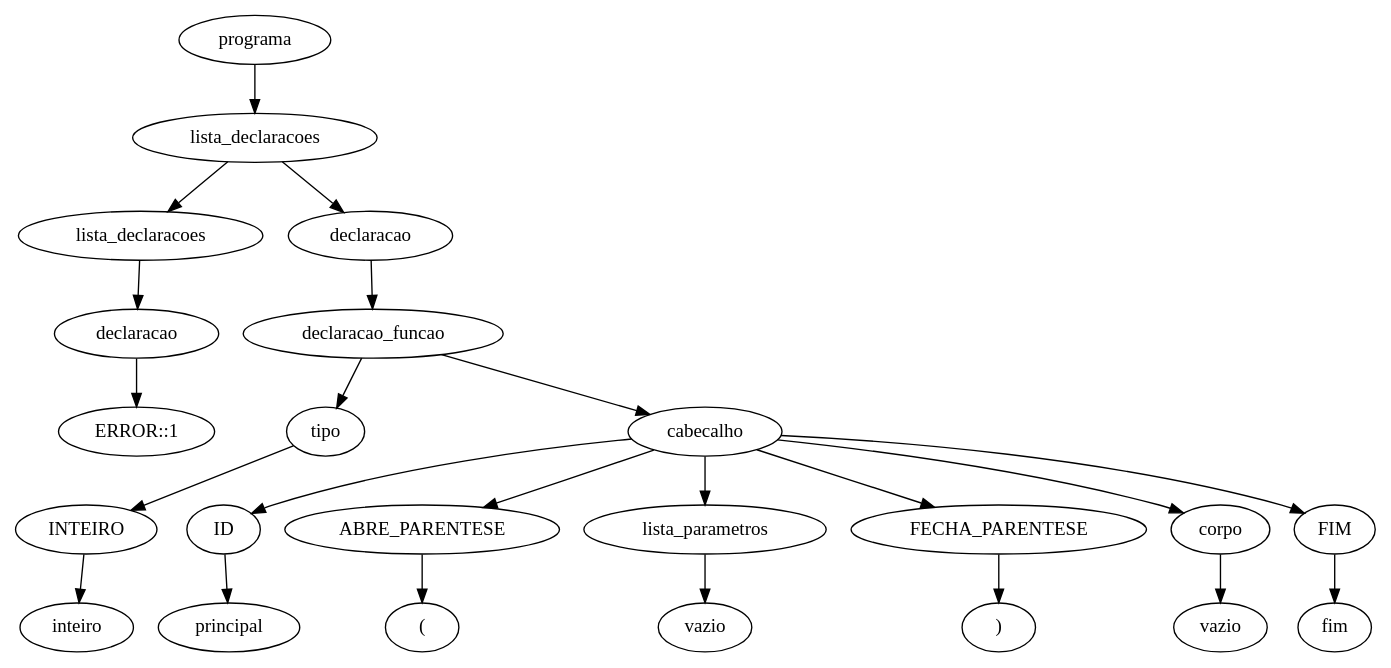
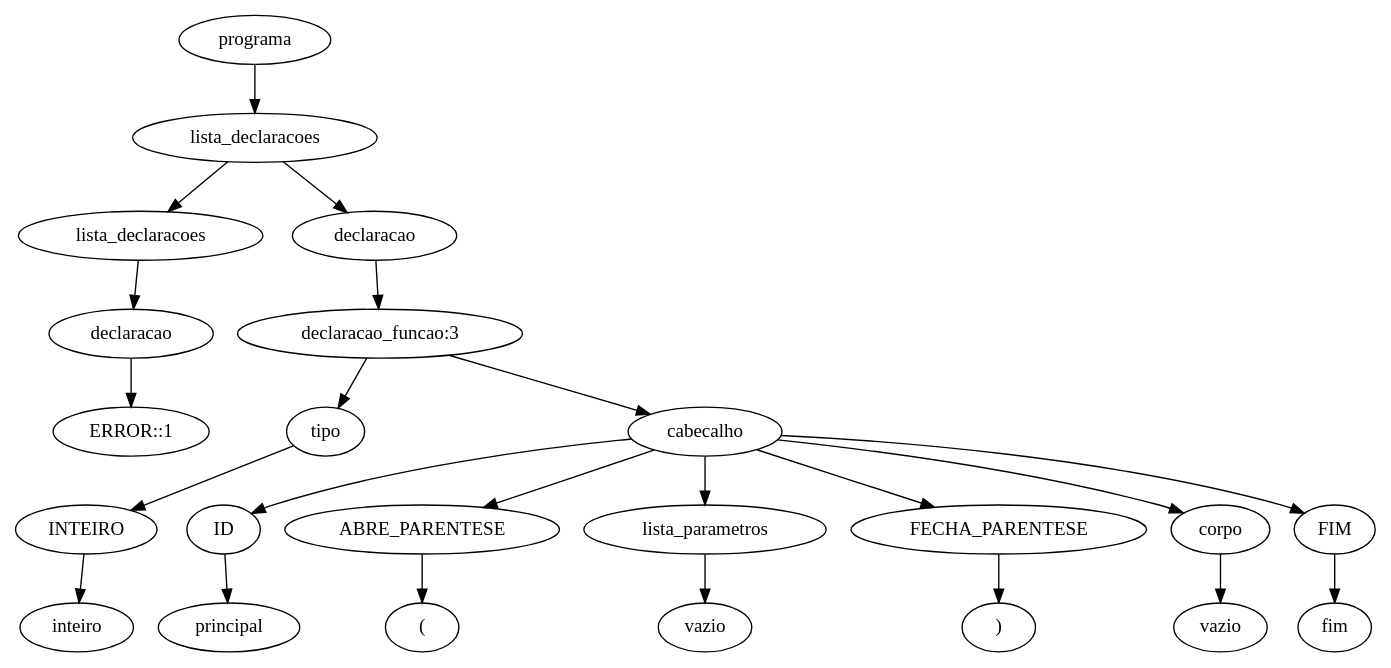
One commit to JuanFSR/Compiladores changed the diagram in 7.AnaliseSemantica/BCC__BCC36B__P[3]__JuanRangel__2046385/implementacao/sintatica-testes/erro-004.tpp.unique.ast.dot. Above: the diagram before and after it, drawn with Graphviz. The commit also changed 90 other files, not shown here.

```diff
--- a/7.AnaliseSemantica/BCC__BCC36B__P[3]__JuanRangel__2046385/implementacao/sintatica-testes/erro-004.tpp.unique.ast.dot
+++ b/7.AnaliseSemantica/BCC__BCC36B__P[3]__JuanRangel__2046385/implementacao/sintatica-testes/erro-004.tpp.unique.ast.dot
@@ -1,47 +1,47 @@
 digraph tree {
-    "0x7fc4aac804c0" [label="programa"];
-    "0x7fc4aab6d8e0" [label="lista_declaracoes"];
-    "0x7fc4aac625b0" [label="lista_declaracoes"];
-    "0x7fc4aac9c5b0" [label="declaracao"];
-    "0x7fc4aac9c550" [label="ERROR::1"];
-    "0x7fc4aac62790" [label="declaracao"];
-    "0x7fc4aab6d7f0" [label="declaracao_funcao"];
-    "0x7fc4aac71940" [label="tipo"];
-    "0x7fc4aab6daf0" [label="INTEIRO"];
-    "0x7fc4aab6dac0" [label="inteiro"];
-    "0x7fc4aab6db20" [label="cabecalho"];
-    "0x7fc4aab6dbe0" [label="ID"];
-    "0x7fc4aab6dc10" [label="principal"];
-    "0x7fc4aab6dc40" [label="ABRE_PARENTESE"];
-    "0x7fc4aab6dc70" [label="("];
-    "0x7fc4aab6d910" [label="lista_parametros"];
-    "0x7fc4aab6d970" [label="vazio"];
-    "0x7fc4aab6dca0" [label="FECHA_PARENTESE"];
-    "0x7fc4aab6dcd0" [label=")"];
-    "0x7fc4aab6db50" [label="corpo"];
-    "0x7fc4aab6d760" [label="vazio"];
-    "0x7fc4aab6dd00" [label="FIM"];
-    "0x7fc4aab6dd30" [label="fim"];
-    "0x7fc4aac804c0" -> "0x7fc4aab6d8e0";
-    "0x7fc4aab6d8e0" -> "0x7fc4aac625b0";
-    "0x7fc4aab6d8e0" -> "0x7fc4aac62790";
-    "0x7fc4aac625b0" -> "0x7fc4aac9c5b0";
-    "0x7fc4aac9c5b0" -> "0x7fc4aac9c550";
-    "0x7fc4aac62790" -> "0x7fc4aab6d7f0";
-    "0x7fc4aab6d7f0" -> "0x7fc4aac71940";
-    "0x7fc4aab6d7f0" -> "0x7fc4aab6db20";
-    "0x7fc4aac71940" -> "0x7fc4aab6daf0";
-    "0x7fc4aab6daf0" -> "0x7fc4aab6dac0";
-    "0x7fc4aab6db20" -> "0x7fc4aab6dbe0";
-    "0x7fc4aab6db20" -> "0x7fc4aab6dc40";
-    "0x7fc4aab6db20" -> "0x7fc4aab6d910";
-    "0x7fc4aab6db20" -> "0x7fc4aab6dca0";
-    "0x7fc4aab6db20" -> "0x7fc4aab6db50";
-    "0x7fc4aab6db20" -> "0x7fc4aab6dd00";
-    "0x7fc4aab6dbe0" -> "0x7fc4aab6dc10";
-    "0x7fc4aab6dc40" -> "0x7fc4aab6dc70";
-    "0x7fc4aab6d910" -> "0x7fc4aab6d970";
-    "0x7fc4aab6dca0" -> "0x7fc4aab6dcd0";
-    "0x7fc4aab6db50" -> "0x7fc4aab6d760";
-    "0x7fc4aab6dd00" -> "0x7fc4aab6dd30";
+    "0x7ff6bbe222e0" [label="programa"];
+    "0x7ff6bbcfe280" [label="lista_declaracoes"];
+    "0x7ff6bbe22c40" [label="lista_declaracoes"];
+    "0x7ff6bbe07eb0" [label="declaracao"];
+    "0x7ff6bbe22fa0" [label="ERROR::1"];
+    "0x7ff6bbdef1c0" [label="declaracao"];
+    "0x7ff6bbcfe400" [label="declaracao_funcao:3"];
+    "0x7ff6bbe22b50" [label="tipo"];
+    "0x7ff6bbcfe490" [label="INTEIRO"];
+    "0x7ff6bbcfe460" [label="inteiro"];
+    "0x7ff6bbcfe550" [label="cabecalho"];
+    "0x7ff6bbcfe5e0" [label="ID"];
+    "0x7ff6bbcfe610" [label="principal"];
+    "0x7ff6bbcfe640" [label="ABRE_PARENTESE"];
+    "0x7ff6bbcfe670" [label="("];
+    "0x7ff6bbcfe2b0" [label="lista_parametros"];
+    "0x7ff6bbcfe310" [label="vazio"];
+    "0x7ff6bbcfe6a0" [label="FECHA_PARENTESE"];
+    "0x7ff6bbcfe6d0" [label=")"];
+    "0x7ff6bbcfe4f0" [label="corpo"];
+    "0x7ff6bbcfe190" [label="vazio"];
+    "0x7ff6bbcfe700" [label="FIM"];
+    "0x7ff6bbcfe730" [label="fim"];
+    "0x7ff6bbe222e0" -> "0x7ff6bbcfe280";
+    "0x7ff6bbcfe280" -> "0x7ff6bbe22c40";
+    "0x7ff6bbcfe280" -> "0x7ff6bbdef1c0";
+    "0x7ff6bbe22c40" -> "0x7ff6bbe07eb0";
+    "0x7ff6bbe07eb0" -> "0x7ff6bbe22fa0";
+    "0x7ff6bbdef1c0" -> "0x7ff6bbcfe400";
+    "0x7ff6bbcfe400" -> "0x7ff6bbe22b50";
+    "0x7ff6bbcfe400" -> "0x7ff6bbcfe550";
+    "0x7ff6bbe22b50" -> "0x7ff6bbcfe490";
+    "0x7ff6bbcfe490" -> "0x7ff6bbcfe460";
+    "0x7ff6bbcfe550" -> "0x7ff6bbcfe5e0";
+    "0x7ff6bbcfe550" -> "0x7ff6bbcfe640";
+    "0x7ff6bbcfe550" -> "0x7ff6bbcfe2b0";
+    "0x7ff6bbcfe550" -> "0x7ff6bbcfe6a0";
+    "0x7ff6bbcfe550" -> "0x7ff6bbcfe4f0";
+    "0x7ff6bbcfe550" -> "0x7ff6bbcfe700";
+    "0x7ff6bbcfe5e0" -> "0x7ff6bbcfe610";
+    "0x7ff6bbcfe640" -> "0x7ff6bbcfe670";
+    "0x7ff6bbcfe2b0" -> "0x7ff6bbcfe310";
+    "0x7ff6bbcfe6a0" -> "0x7ff6bbcfe6d0";
+    "0x7ff6bbcfe4f0" -> "0x7ff6bbcfe190";
+    "0x7ff6bbcfe700" -> "0x7ff6bbcfe730";
 }
```
